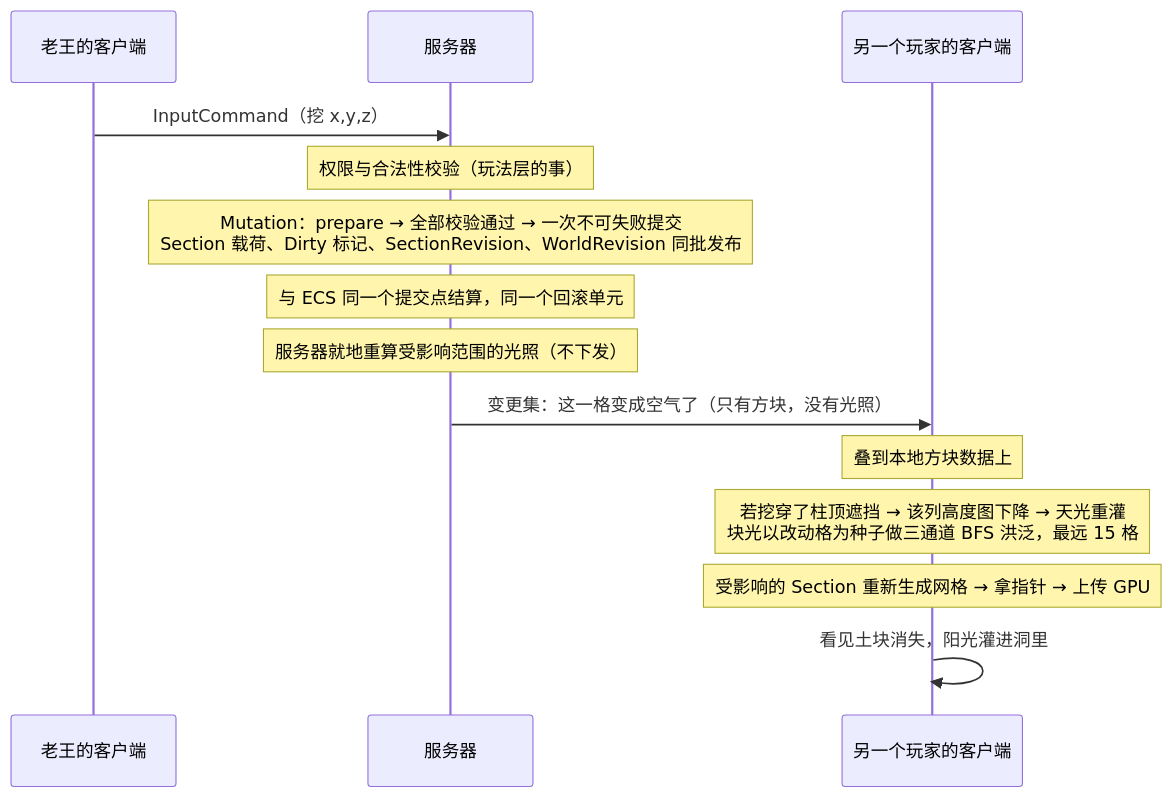
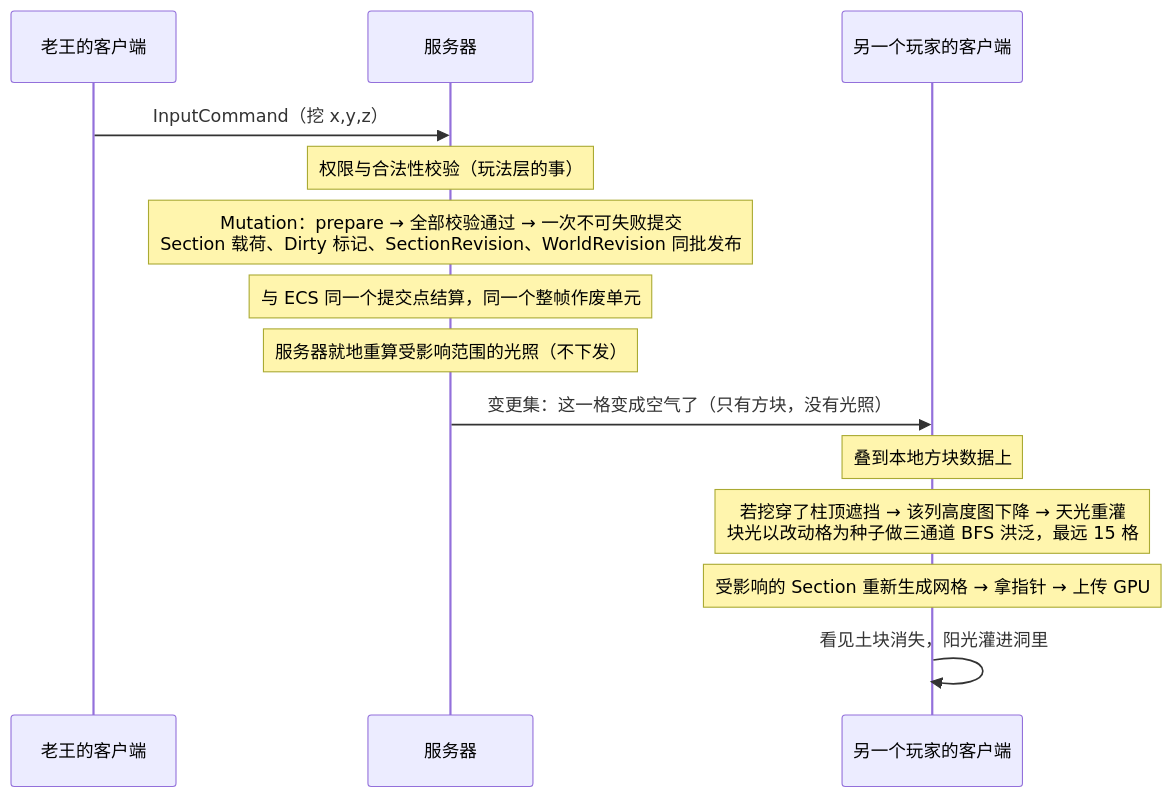
Before and after one commit to LumioGames/LumioGameEngine: the second of 3 diagrams in .spec/knowledge/features/voxel.md, drawn with Mermaid. The commit also changed other lines of this file and 20 other files, not shown here.

````diff
--- a/.spec/knowledge/features/voxel.md
+++ b/.spec/knowledge/features/voxel.md
@@ -216,16 +217,16 @@
 ```mermaid
 sequenceDiagram
   participant C as 老王的客户端
   participant S as 服务器
   participant O as 另一个玩家的客户端
   C->>S: InputCommand（挖 x,y,z）
   Note over S: 权限与合法性校验（玩法层的事）
   Note over S: Mutation：prepare → 全部校验通过 → 一次不可失败提交<br/>Section 载荷、Dirty 标记、SectionRevision、WorldRevision 同批发布
-  Note over S: 与 ECS 同一个提交点结算，同一个回滚单元
+  Note over S: 与 ECS 同一个提交点结算，同一个整帧作废单元
   Note over S: 服务器就地重算受影响范围的光照（不下发）
   S->>O: 变更集：这一格变成空气了（只有方块，没有光照）
   Note over O: 叠到本地方块数据上
   Note over O: 若挖穿了柱顶遮挡 → 该列高度图下降 → 天光重灌<br/>块光以改动格为种子做三通道 BFS 洪泛，最远 15 格
   Note over O: 受影响的 Section 重新生成网格 → 拿指针 → 上传 GPU
   O->>O: 看见土块消失，阳光灌进洞里
 ```
````
